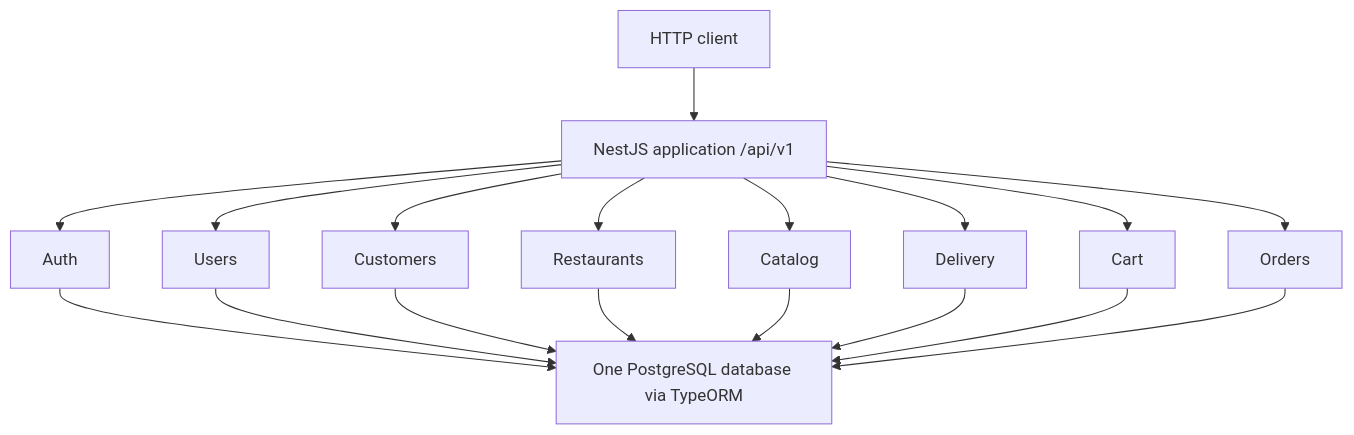
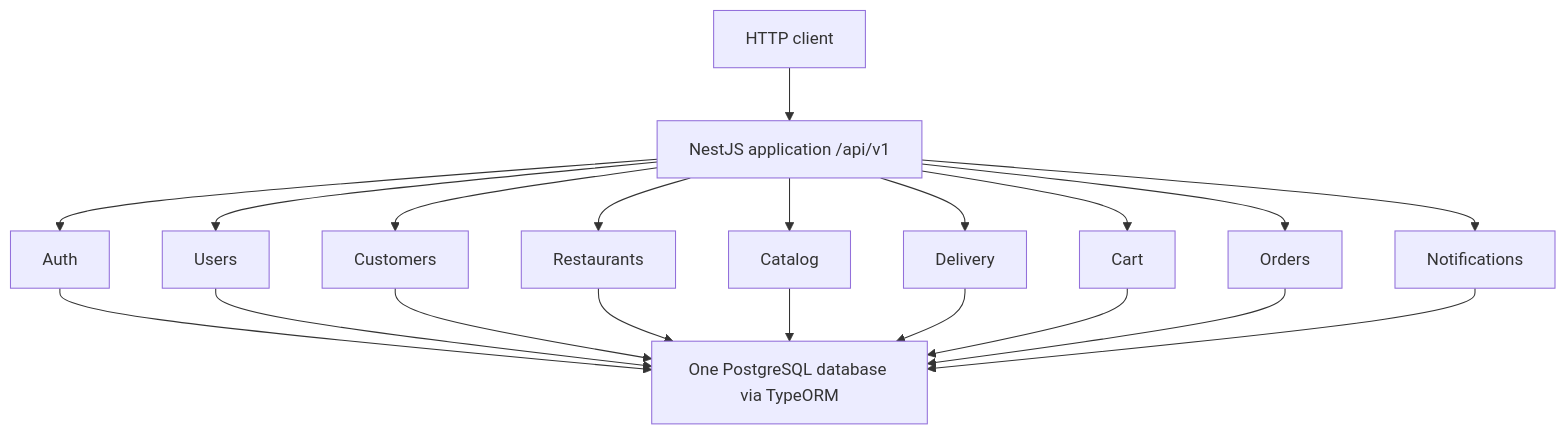
One commit to MohamedHamdy2003/AKEELA-Platfrom changed the diagram in docs/ARCHITECTURE.md. Above: the diagram before and after it, drawn with Mermaid. The commit also changed other lines of this file and 138 other files, not shown here.

````diff
--- a/docs/ARCHITECTURE.md
+++ b/docs/ARCHITECTURE.md
@@ -19,20 +17,22 @@
 ```mermaid
 flowchart TD
     HTTP[HTTP client] --> APP[NestJS application /api/v1]
     APP --> AUTH[Auth]
     APP --> USERS[Users]
     APP --> CUSTOMERS[Customers]
     APP --> RESTAURANTS[Restaurants]
     APP --> CATALOG[Catalog]
     APP --> DELIVERY[Delivery]
     APP --> CART[Cart]
     APP --> ORDERS[Orders]
+    APP --> NOTIF[Notifications]
     AUTH --> DB[One PostgreSQL database via TypeORM]
     USERS --> DB
     CUSTOMERS --> DB
     RESTAURANTS --> DB
     CATALOG --> DB
     DELIVERY --> DB
     CART --> DB
     ORDERS --> DB
+    NOTIF --> DB
 ```
````
